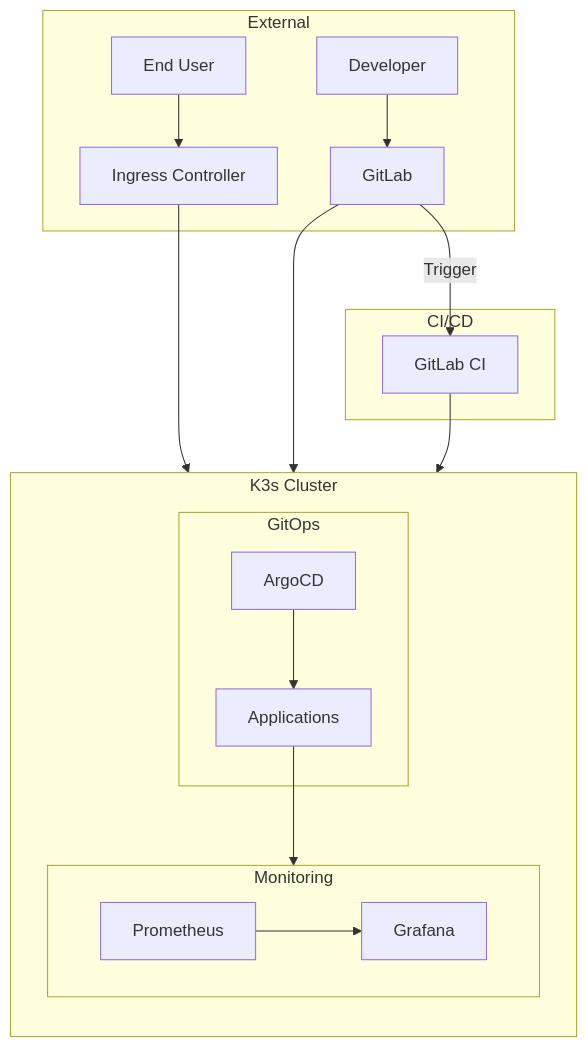
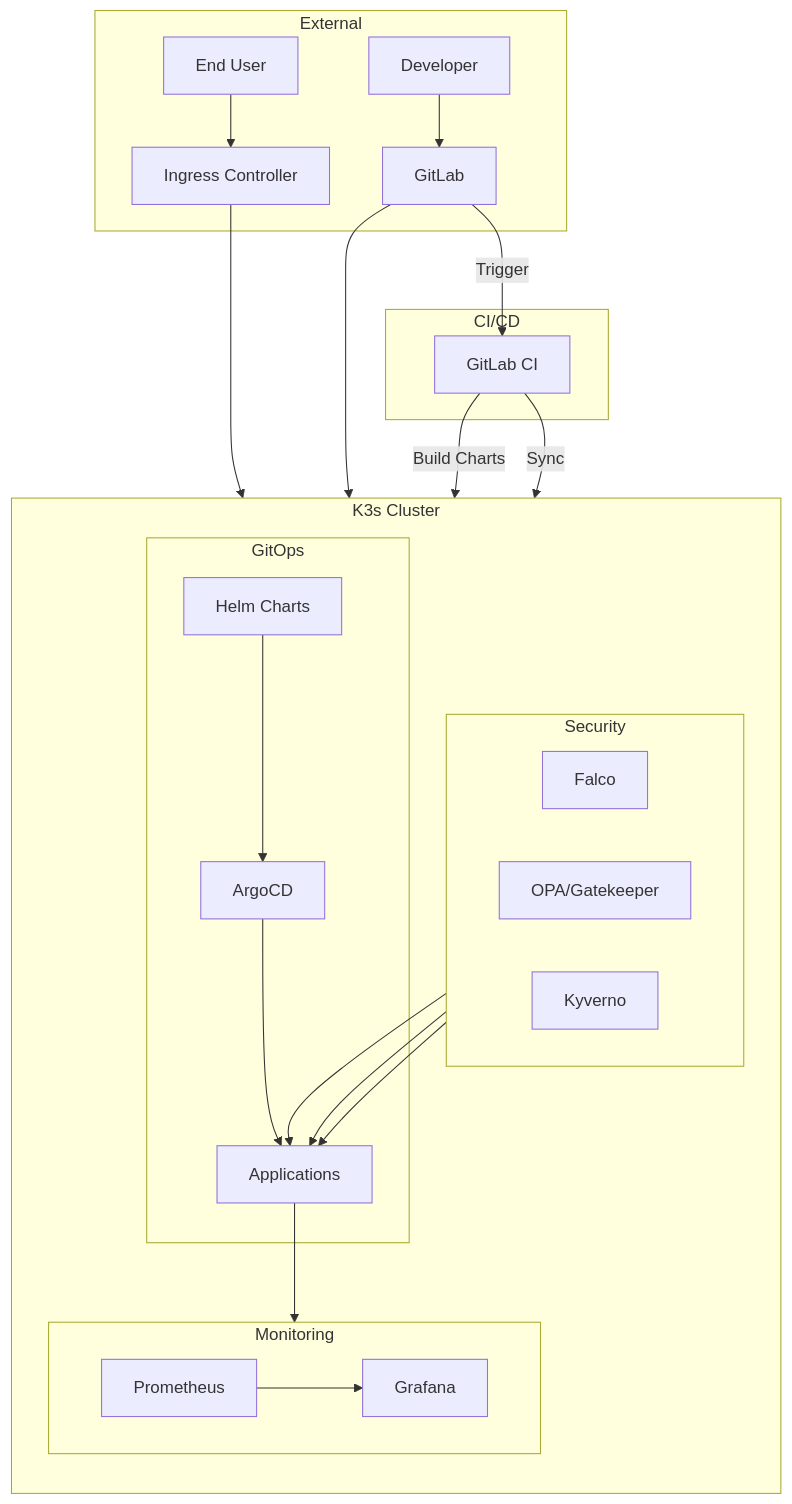
One commit to Naem-ali/devops-on-prem changed the first of 3 diagrams in README.md. Above: the diagram before and after it, drawn with Mermaid. The commit also changed other lines of this file, not shown here.

Commit message:
adding helm

````diff
--- a/README.md
+++ b/README.md
@@ -27,28 +28,37 @@
 ```mermaid
 graph TB
     subgraph External
         Dev[Developer] --> Git[GitLab]
         User[End User] --> Ingress[Ingress Controller]
     end
 
     subgraph K3s Cluster
         direction TB
         Ingress --> Apps[Applications]
         
         subgraph GitOps
             ArgoCD --> Apps
             Git --> ArgoCD
+            HelmCharts[Helm Charts] --> ArgoCD
+        end
+        
+        subgraph Security
+            direction LR
+            Falco --> Apps
+            OPA[OPA/Gatekeeper] --> Apps
+            Kyverno --> Apps
         end
         
         subgraph Monitoring
             direction LR
             Prometheus --> Grafana
             Apps --> Prometheus
         end
     end
 
     subgraph CI/CD
         Git --> |Trigger| Pipeline[GitLab CI]
-        Pipeline --> ArgoCD
+        Pipeline --> |Build Charts| HelmCharts
+        Pipeline --> |Sync| ArgoCD
     end
 ```
````
